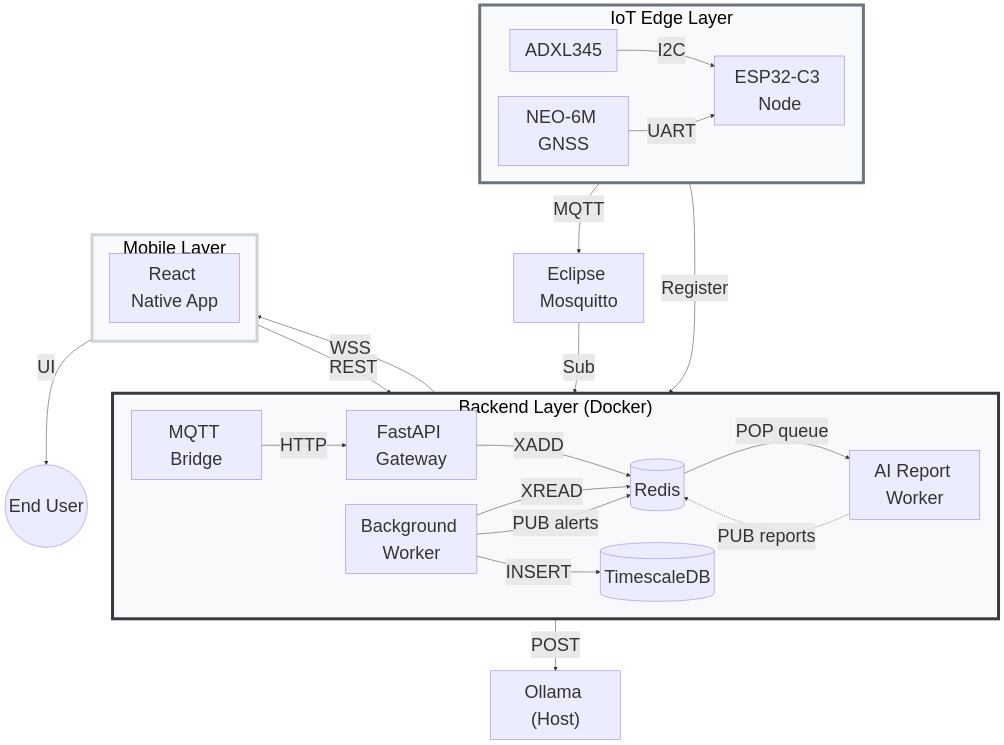
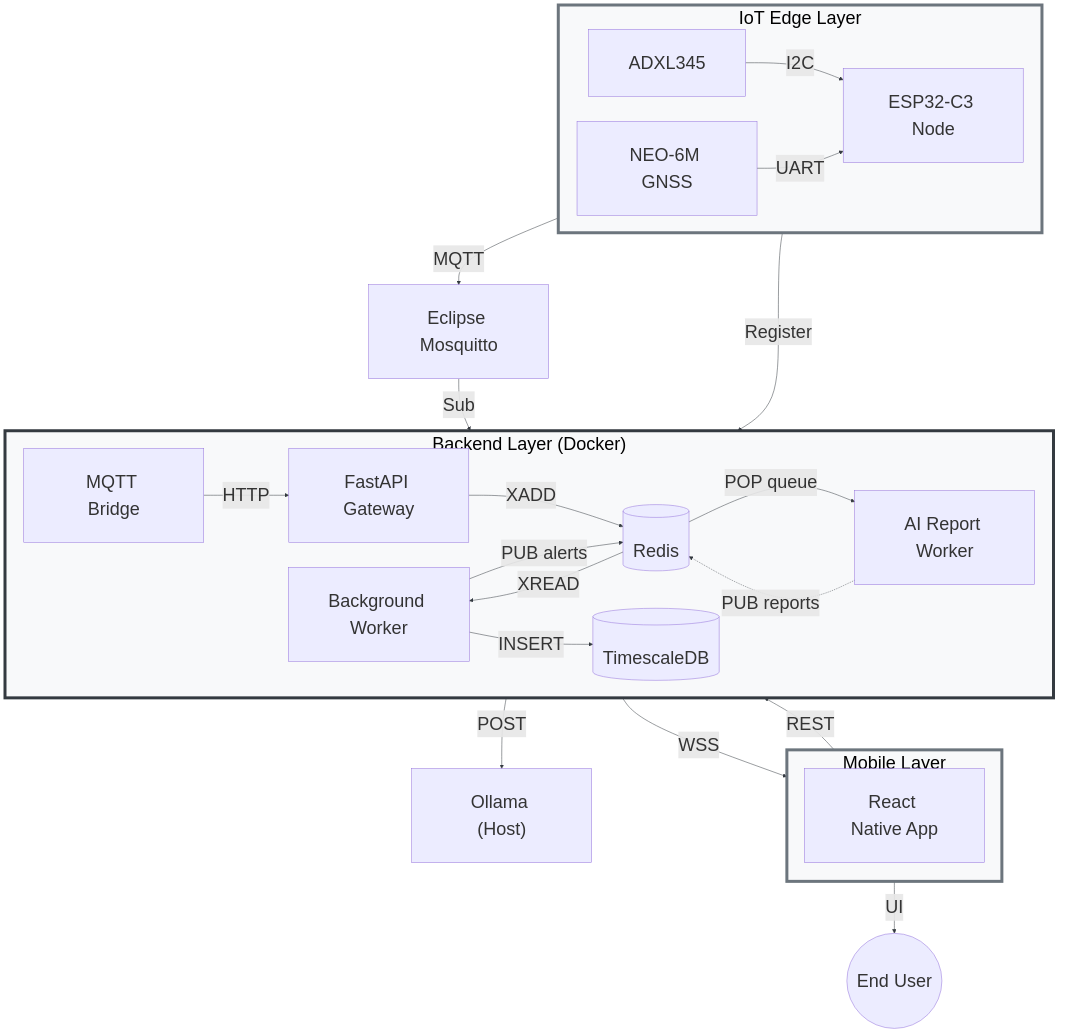
Before and after one commit to GiZano/QuakeGuard: the second of 2 diagrams in docs/diagrams/c4-context.md, drawn with Mermaid.

Commit message:
docs(whitepaper): adjust diagram layout, darken arrows, and fix overlapping titles

````diff
--- a/docs/diagrams/c4-context.md
+++ b/docs/diagrams/c4-context.md
@@ -48,55 +48,56 @@
 ```mermaid
-%%{init: {"themeVariables": {"fontSize": "36px"}}}%%
+%%{init: {"themeVariables": {"fontSize": "36px", "lineColor": "#343a40"}, "flowchart": {"padding": 40}}}%%
 flowchart TD
-    subgraph edge["IoT Edge Layer"]
+    subgraph edge["IoT Edge Layer<br/>"]
         direction LR
         adxl["ADXL345"]
         gnss["NEO-6M GNSS"]
         esp32["ESP32-C3 Node"]
         adxl -- "I2C" --> esp32
         gnss -- "UART" --> esp32
     end
 
+    subgraph mobile["Mobile Layer<br/>"]
+        direction TB
+        app["React Native App"]
+    end
+
+    edge ~~~ mobile
+
     mosquitto["Eclipse Mosquitto"]
+    user(("End User"))
 
-    subgraph backend["Backend Layer (Docker)"]
+    subgraph backend["Backend Layer (Docker)<br/>"]
         direction LR
         worker["Background Worker"]
         mqtt_bridge["MQTT Bridge"]
         api["FastAPI Gateway"]
         redis[("Redis")]
         ai_worker["AI Report Worker"]
         postgres[("TimescaleDB")]
 
         mqtt_bridge -- "HTTP" --> api
         api -- "XADD" --> redis
-        worker -- "XREAD" --> redis
+        redis -- "XREAD" --> worker
         worker -- "INSERT" --> postgres
         worker -- "PUB alerts" --> redis
         redis -- "POP queue" --> ai_worker
     end
-
-    subgraph mobile["Mobile Layer"]
-        direction TB
-        app["React Native App"]
-    end
-    
-    user(("End User"))
 
     ollama["Ollama (Host)"]
 
     esp32 -- "Register" --> api
     esp32 -- "MQTT" --> mosquitto
     mosquitto -- "Sub" --> mqtt_bridge
 
     ai_worker -- "POST" --> ollama
     ai_worker -. "PUB reports" .-> redis
 
     api -- "WSS" --> app
     app -- "REST" --> api
     app -- "UI" --> user
 
     style edge fill:#f8f9fa,stroke:#6c757d,stroke-width:6px,color:#000
     style backend fill:#f8f9fa,stroke:#343a40,stroke-width:6px,color:#000
-    style mobile fill:#f8f9fa,stroke:#ced4da,stroke-width:6px,color:#000
+    style mobile fill:#f8f9fa,stroke:#6c757d,stroke-width:6px,color:#000
 ```
````
